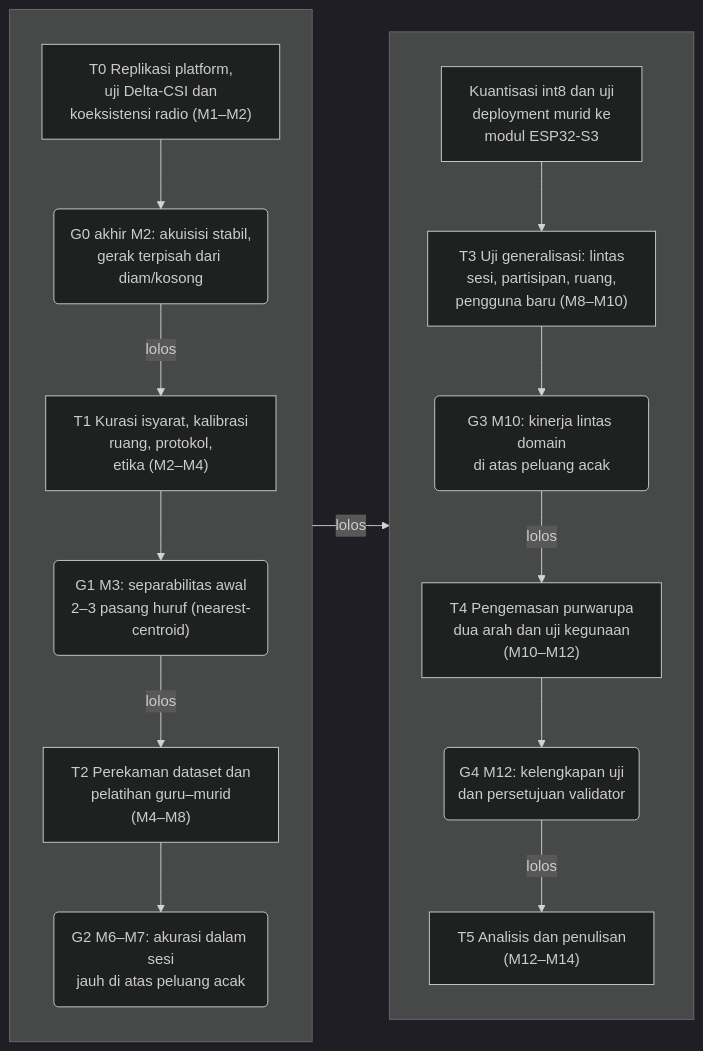
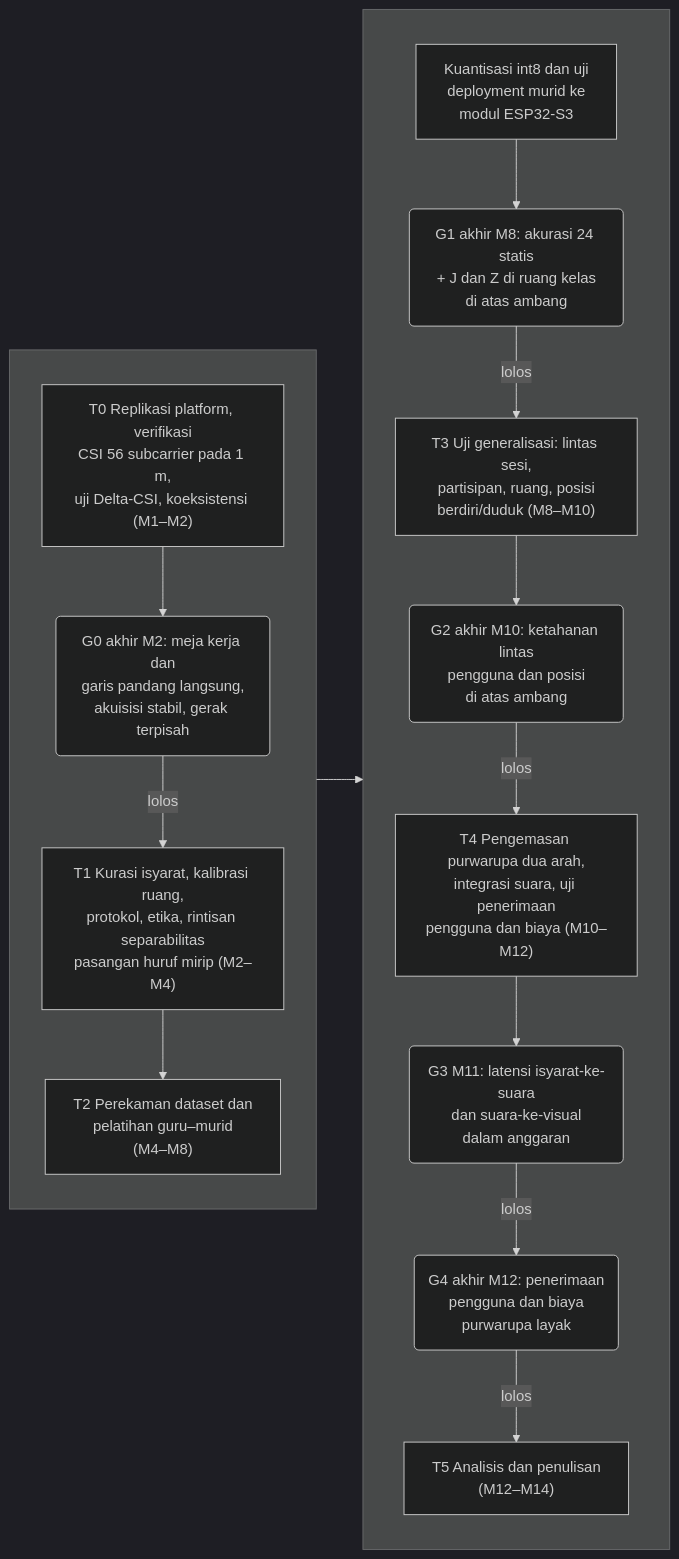
One commit to ILoveTahuTek/skripsi changed the first of 8 diagrams in download/translator-sibi-final/draft-final.md. Above: the diagram before and after it, drawn with Mermaid (dark theme). The commit also changed other lines of this file and 56 other files, not shown here.

````diff
--- a/download/translator-sibi-final/draft-final.md
+++ b/download/translator-sibi-final/draft-final.md
@@ -252,32 +263,32 @@
 ```mermaid
 flowchart LR
     subgraph KA[" "]
         direction TB
-        T0["T0 Replikasi platform,<br/>uji Delta-CSI dan<br/>koeksistensi radio (M1–M2)"]
-        G0("G0 akhir M2: akuisisi stabil,<br/>gerak terpisah dari diam/kosong")
-        T1["T1 Kurasi isyarat, kalibrasi<br/>ruang, protokol,<br/>etika (M2–M4)"]
-        G1("G1 M3: separabilitas awal<br/>2–3 pasang huruf (nearest-centroid)")
+        T0["T0 Replikasi platform, verifikasi<br/>CSI 56 subcarrier pada 1 m,<br/>uji Delta-CSI, koeksistensi (M1–M2)"]
+        G0("G0 akhir M2: meja kerja dan<br/>garis pandang langsung,<br/>akuisisi stabil, gerak terpisah")
+        T1["T1 Kurasi isyarat, kalibrasi ruang,<br/>protokol, etika, rintisan separabilitas<br/>pasangan huruf mirip (M2–M4)"]
         T2["T2 Perekaman dataset dan<br/>pelatihan guru–murid<br/>(M4–M8)"]
-        G2("G2 M6–M7: akurasi dalam sesi<br/>jauh di atas peluang acak")
         T0 --> G0
         G0 -- "lolos" --> T1
-        T1 --> G1
-        G1 -- "lolos" --> T2
-        T2 --> G2
+        T1 --> T2
     end
     subgraph KB[" "]
         direction TB
         T2B["Kuantisasi int8 dan uji<br/>deployment murid ke<br/>modul ESP32-S3"]
-        T3["T3 Uji generalisasi: lintas<br/>sesi, partisipan, ruang,<br/>pengguna baru (M8–M10)"]
-        G3("G3 M10: kinerja lintas domain<br/>di atas peluang acak")
-        T4["T4 Pengemasan purwarupa<br/>dua arah dan uji kegunaan<br/>(M10–M12)"]
-        G4("G4 M12: kelengkapan uji<br/>dan persetujuan validator")
+        G1("G1 akhir M8: akurasi 24 statis<br/>+ J dan Z di ruang kelas<br/>di atas ambang")
+        T3["T3 Uji generalisasi: lintas sesi,<br/>partisipan, ruang, posisi<br/>berdiri/duduk (M8–M10)"]
+        G2("G2 akhir M10: ketahanan lintas<br/>pengguna dan posisi<br/>di atas ambang")
+        T4["T4 Pengemasan purwarupa dua arah,<br/>integrasi suara, uji penerimaan<br/>pengguna dan biaya (M10–M12)"]
+        G3("G3 M11: latensi isyarat-ke-suara<br/>dan suara-ke-visual<br/>dalam anggaran")
+        G4("G4 akhir M12: penerimaan<br/>pengguna dan biaya<br/>purwarupa layak")
         T5["T5 Analisis dan penulisan<br/>(M12–M14)"]
-        T2B --> T3
-        T3 --> G3
-        G3 -- "lolos" --> T4
-        T4 --> G4
+        T2B --> G1
+        G1 -- "lolos" --> T3
+        T3 --> G2
+        G2 -- "lolos" --> T4
+        T4 --> G3
+        G3 -- "lolos" --> G4
         G4 -- "lolos" --> T5
     end
-    KA -- "lolos" --> KB
+    KA --> KB
 ```
````
